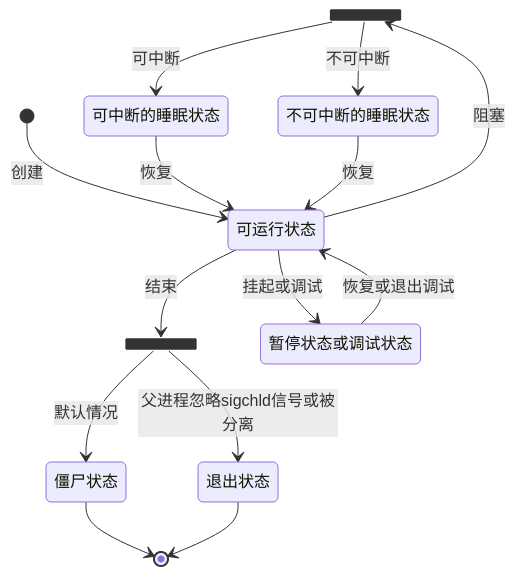
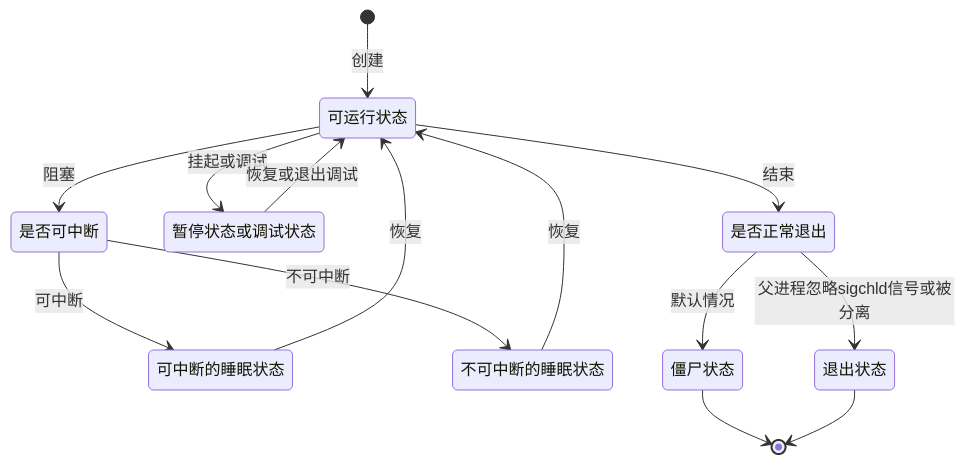
Before and after one commit to lambertxiao/ablog: the diagram in content/posts/操作系统/进程.md, drawn with Mermaid. The commit also changed other lines of this file and 6 other files, not shown here.

````diff
--- a/content/posts/操作系统/进程.md
+++ b/content/posts/操作系统/进程.md
@@ -123,18 +124,18 @@
-```mermaid
+{{<mermaid>}}
 stateDiagram
-state 是否可中断 <<fork>>
-state 是否正常退出 <<fork>>
+state 是否可中断 <fork>
+state 是否正常退出 <fork>
     [*] --> 可运行状态: 创建
     可运行状态 --> 是否可中断: 阻塞
     是否可中断 --> 可中断的睡眠状态: 可中断
     是否可中断 --> 不可中断的睡眠状态: 不可中断
     可中断的睡眠状态 --> 可运行状态: 恢复
     不可中断的睡眠状态 --> 可运行状态: 恢复
     可运行状态 --> 暂停状态或调试状态: 挂起或调试
     暂停状态或调试状态 --> 可运行状态: 恢复或退出调试
     可运行状态 --> 是否正常退出: 结束
     是否正常退出 --> 退出状态: 父进程忽略sigchld信号或被分离
     是否正常退出 --> 僵尸状态: 默认情况
     僵尸状态 --> [*]
     退出状态 --> [*]
-```
+{{</mermaid>}}
````
